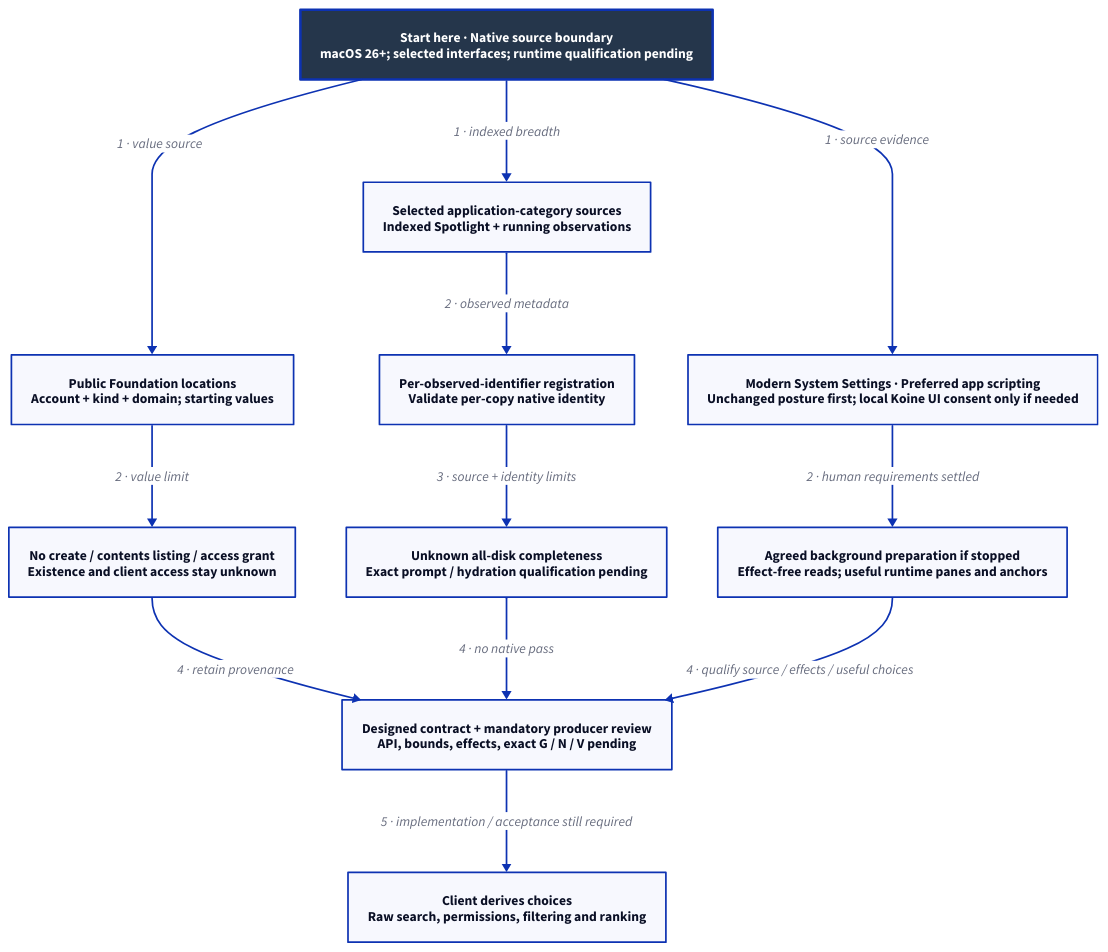
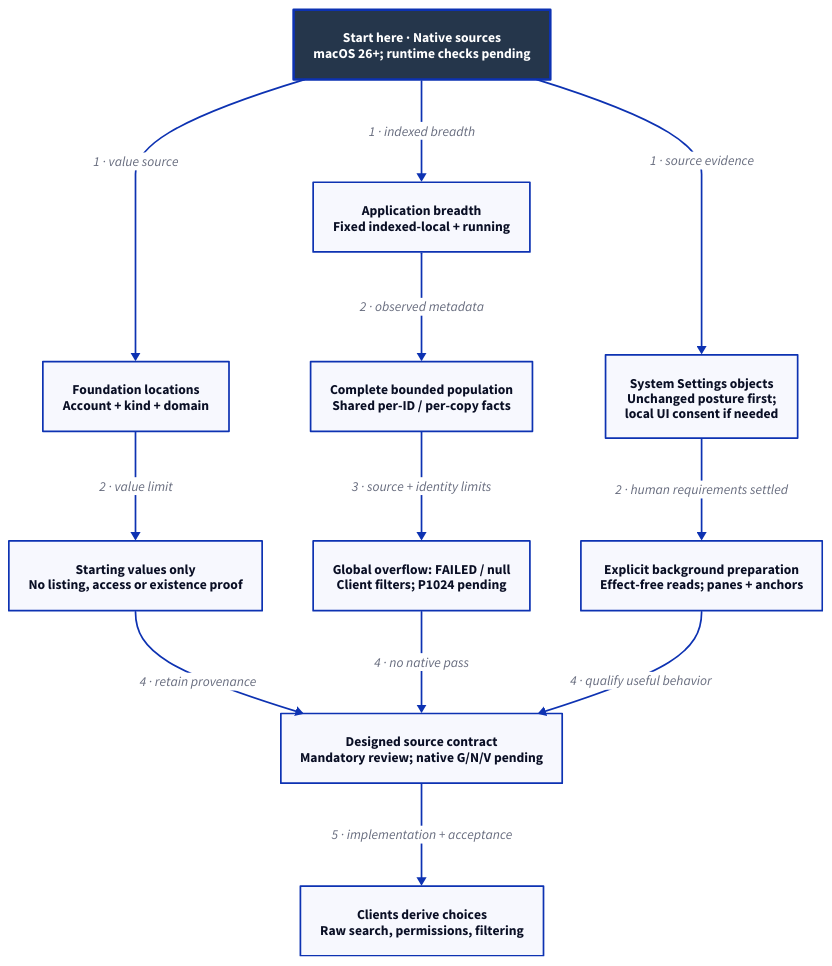
The diagram in docs/design/architecture/native-discovery-sources.d2 (Linkuistics/Koine), drawn with D2 before and after one commit. The commit also changed 33 other files, not shown here.

Commit message:
Design application population admission (application-population-k206)

```diff
--- a/docs/design/architecture/native-discovery-sources.d2
+++ b/docs/design/architecture/native-discovery-sources.d2
@@ -1,26 +1,26 @@
 # Bounded source analysis and agreed settings route; no qualified runtime backend.
 direction: down
 classes: {
   start: {style: {fill: "#25364B"; font-color: "#FFFFFF"; bold: true; stroke-width: 3}}
 }
-Start: "Start here · Native source boundary\nmacOS 26+; selected interfaces; runtime qualification pending" {class: start}
-Locations: "Public Foundation locations\nAccount + kind + domain; starting values"
-LocationLimit: "No create / contents listing / access grant\nExistence and client access stay unknown"
-Apps: "Selected application-category sources\nIndexed Spotlight + running observations"
-Copies: "Per-observed-identifier registration\nValidate per-copy native identity"
-AppLimit: "Unknown all-disk completeness\nExact prompt / hydration qualification pending"
-Settings: "Modern System Settings · Preferred app scripting\nUnchanged posture first; local Koine UI consent only if needed"
-Choice: "Agreed background preparation if stopped\nEffect-free reads; useful runtime panes and anchors"
-Contract: "Designed contract + mandatory producer review\nAPI, bounds, effects, exact G / N / V pending"
-Client: "Client derives choices\nRaw search, permissions, filtering and ranking"
+Start: "Start here · Native sources\nmacOS 26+; runtime checks pending" {class: start}
+Locations: "Foundation locations\nAccount + kind + domain"
+LocationLimit: "Starting values only\nNo listing, access or existence proof"
+Apps: "Application breadth\nFixed indexed-local + running"
+Copies: "Complete bounded population\nShared per-ID / per-copy facts"
+AppLimit: "Global overflow: FAILED / null\nClient filters; P1024 pending"
+Settings: "System Settings objects\nUnchanged posture first;\nlocal UI consent if needed"
+Choice: "Explicit background preparation\nEffect-free reads; panes + anchors"
+Contract: "Designed source contract\nMandatory review; native G/N/V pending"
+Client: "Clients derive choices\nRaw search, permissions, filtering"
 Start -> Locations: "1 · value source"
 Locations -> LocationLimit: "2 · value limit"
 Start -> Apps: "1 · indexed breadth"
 Apps -> Copies: "2 · observed metadata"
 Copies -> AppLimit: "3 · source + identity limits"
 Start -> Settings: "1 · source evidence"
 Settings -> Choice: "2 · human requirements settled"
 LocationLimit -> Contract: "4 · retain provenance"
 AppLimit -> Contract: "4 · no native pass"
-Choice -> Contract: "4 · qualify source / effects / useful choices"
-Contract -> Client: "5 · implementation / acceptance still required"
+Choice -> Contract: "4 · qualify useful behavior"
+Contract -> Client: "5 · implementation + acceptance"
```
